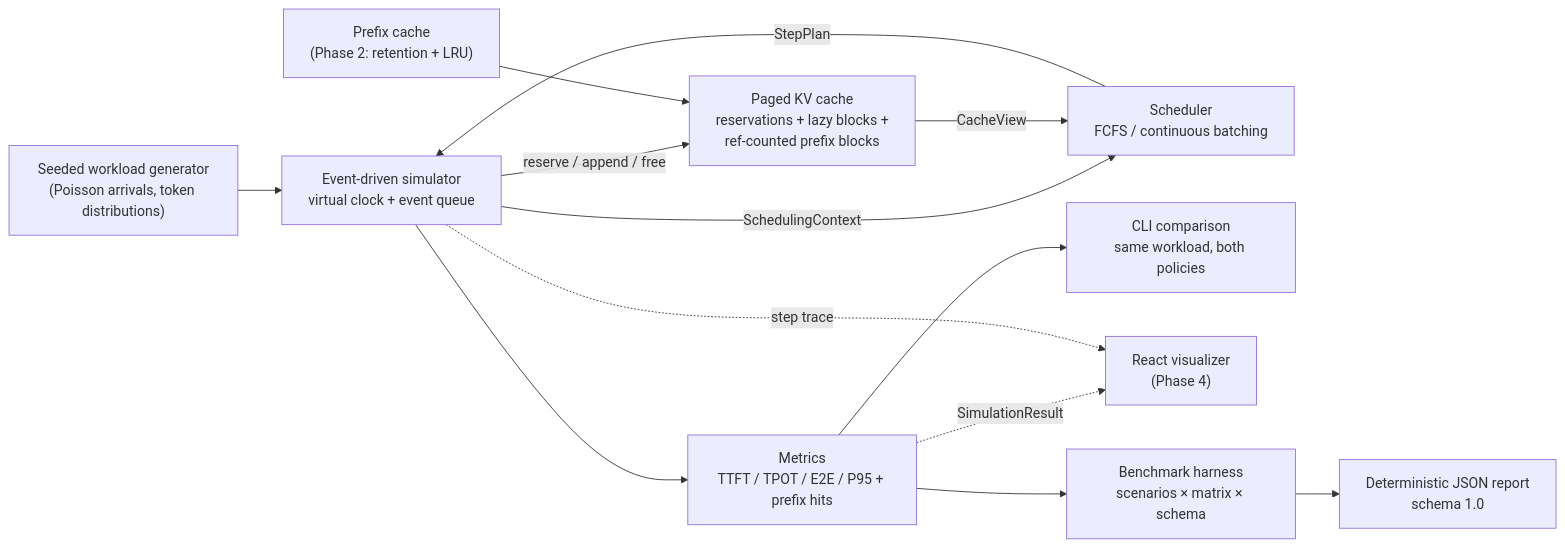
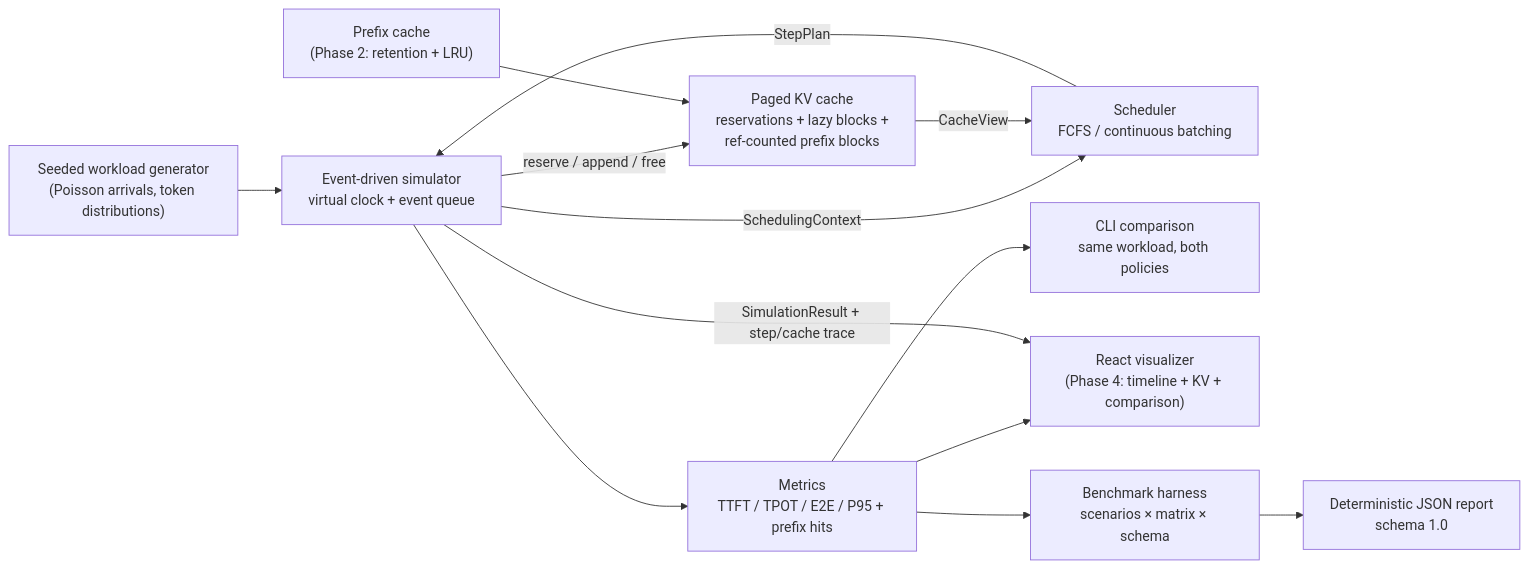
One commit to lmjshineee/tiny-llm-server changed the first of 2 diagrams in ARCHITECTURE.md. Above: the diagram before and after it, drawn with Mermaid. The commit also changed other lines of this file and 5 other files, not shown here.

Commit message:
docs: document visualizer and update Phase 4 status

````diff
--- a/ARCHITECTURE.md
+++ b/ARCHITECTURE.md
@@ -49,26 +50,26 @@
 ```mermaid
 flowchart LR
   W["Seeded workload generator<br/>(Poisson arrivals, token distributions)"]
   E["Event-driven simulator<br/>virtual clock + event queue"]
   S["Scheduler<br/>FCFS / continuous batching"]
   K["Paged KV cache<br/>reservations + lazy blocks +<br/>ref-counted prefix blocks"]
   M["Metrics<br/>TTFT / TPOT / E2E / P95 + prefix hits"]
   C["CLI comparison<br/>same workload, both policies"]
-  U["React visualizer<br/>(Phase 4)"]
+  U["React visualizer<br/>(Phase 4: timeline + KV + comparison)"]
   P["Prefix cache<br/>(Phase 2: retention + LRU)"]
   B["Benchmark harness<br/>scenarios × matrix × schema"]
   J["Deterministic JSON report<br/>schema 1.0"]
 
   W --> E
   E -- "SchedulingContext" --> S
   S -- "StepPlan" --> E
   E -- "reserve / append / free" --> K
   K -- "CacheView" --> S
   E --> M
   M --> C
-  M -. "SimulationResult" .-> U
-  E -. "step trace" .-> U
+  M --> U
+  E -- "SimulationResult + step/cache trace" --> U
   P --> K
   M --> B
   B --> J
 ```
````
